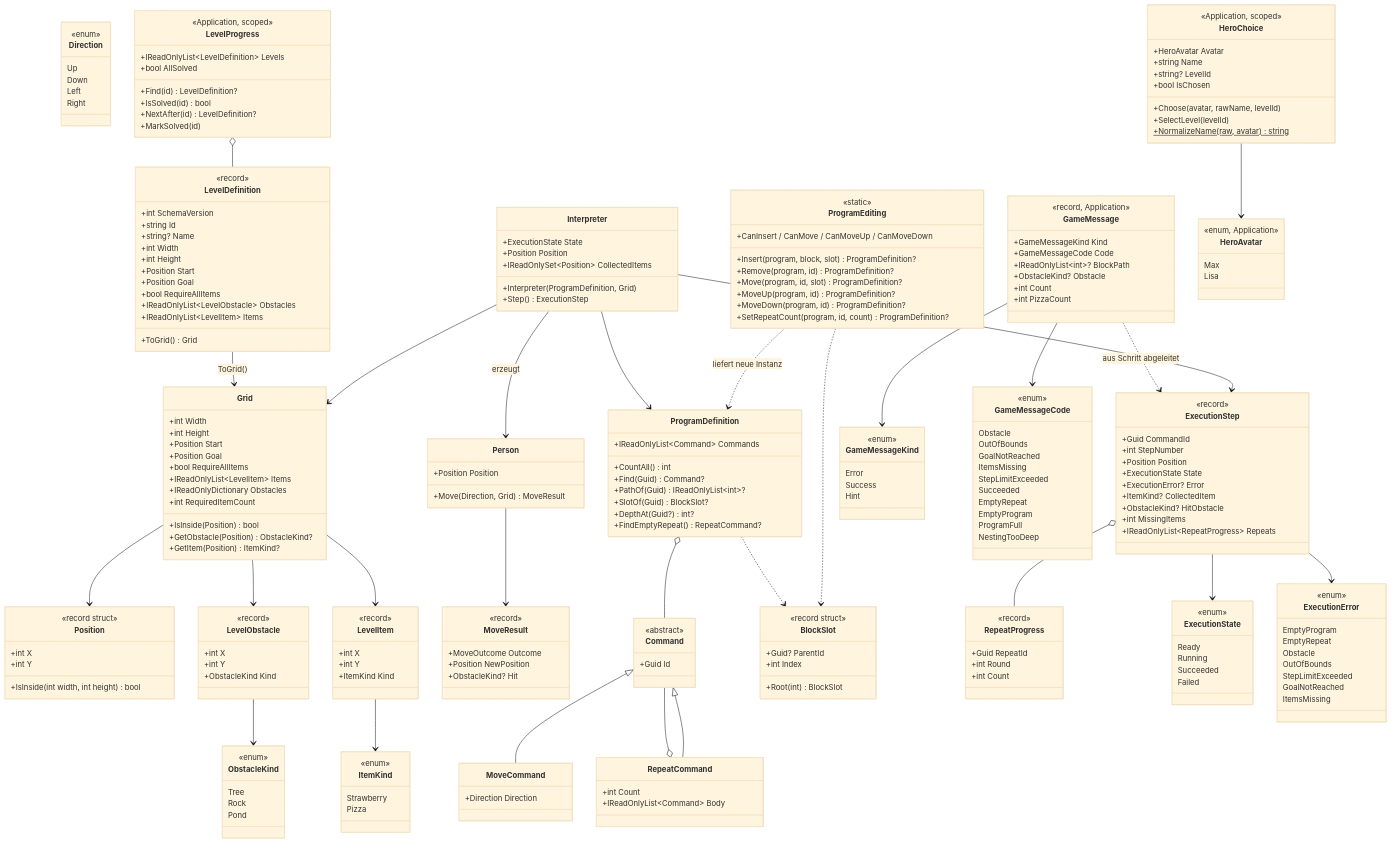
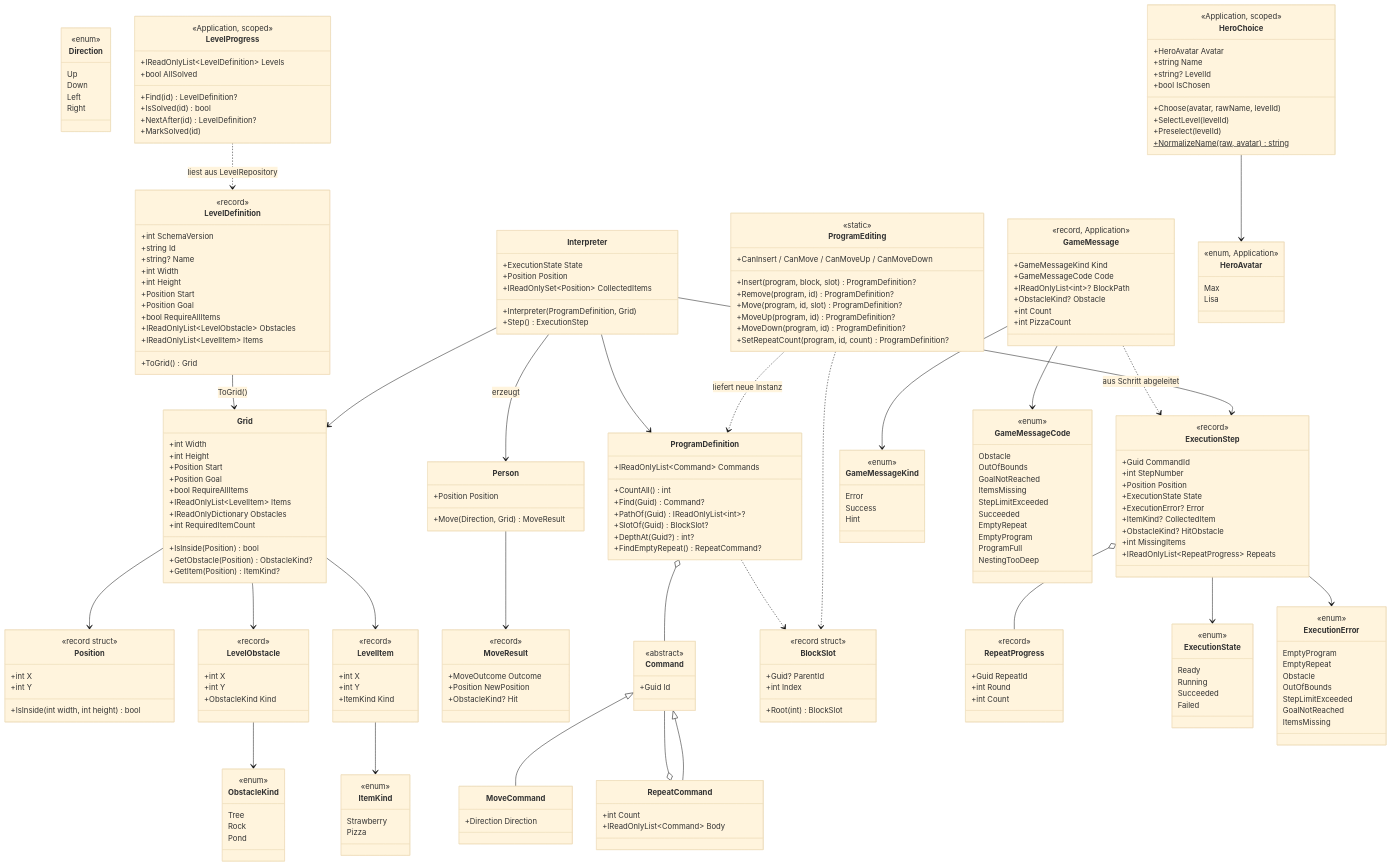
One commit to ramonafrick/HeroPath changed the fourth of 7 diagrams in docs/Architektur C4.md. Above: the diagram before and after it, drawn with Mermaid (base theme). The commit also changed other lines of this file and 9 other files, not shown here.

```diff
--- a/docs/Architektur C4.md
+++ b/docs/Architektur C4.md
@@ -371,6 +401,7 @@
     +bool IsChosen
     +Choose(avatar, rawName, levelId)
     +SelectLevel(levelId)
+    +Preselect(levelId)
     +NormalizeName(raw, avatar) string$
   }
   class LevelProgress {
@@ -400,7 +431,7 @@
   GameMessage --> GameMessageCode
   GameMessage ..> ExecutionStep : aus Schritt abgeleitet
   HeroChoice --> HeroAvatar
-  LevelProgress o-- LevelDefinition
+  LevelProgress ..> LevelDefinition : liest aus LevelRepository
   Person --> MoveResult
   Grid --> Position
   Grid --> LevelObstacle
```
